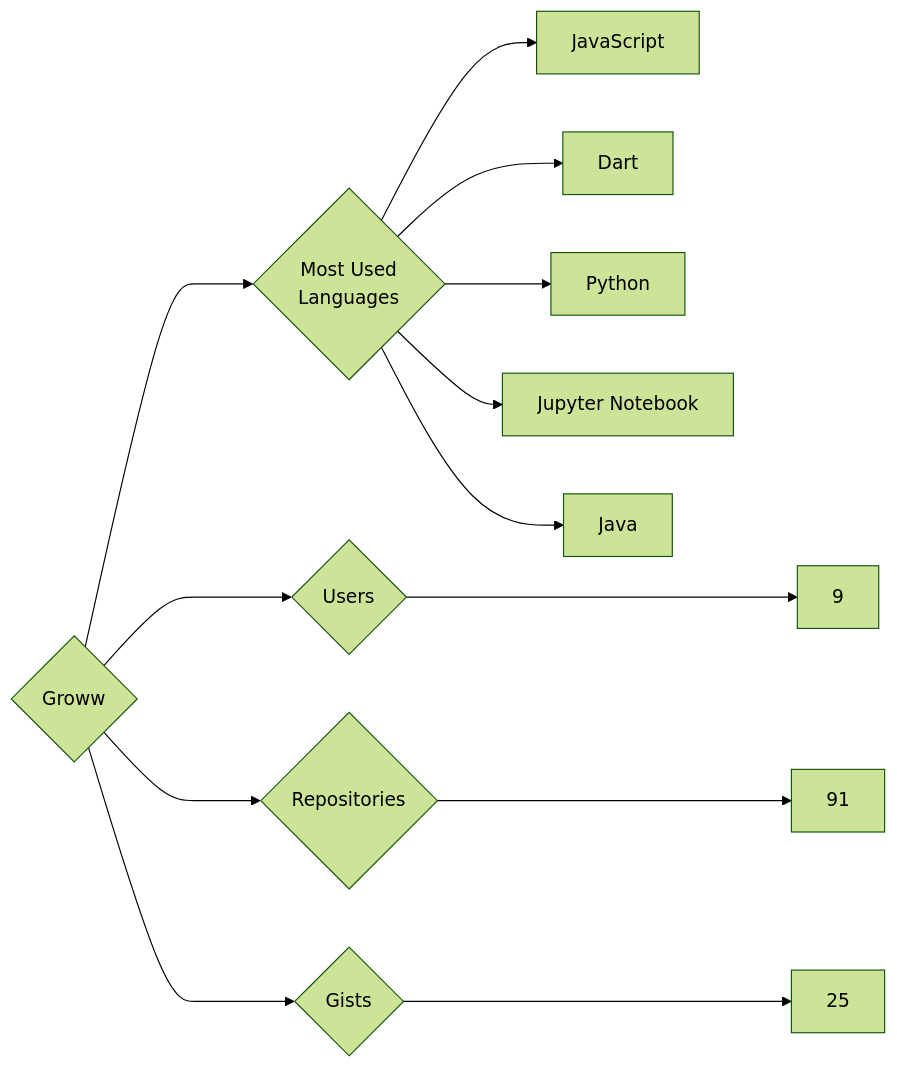
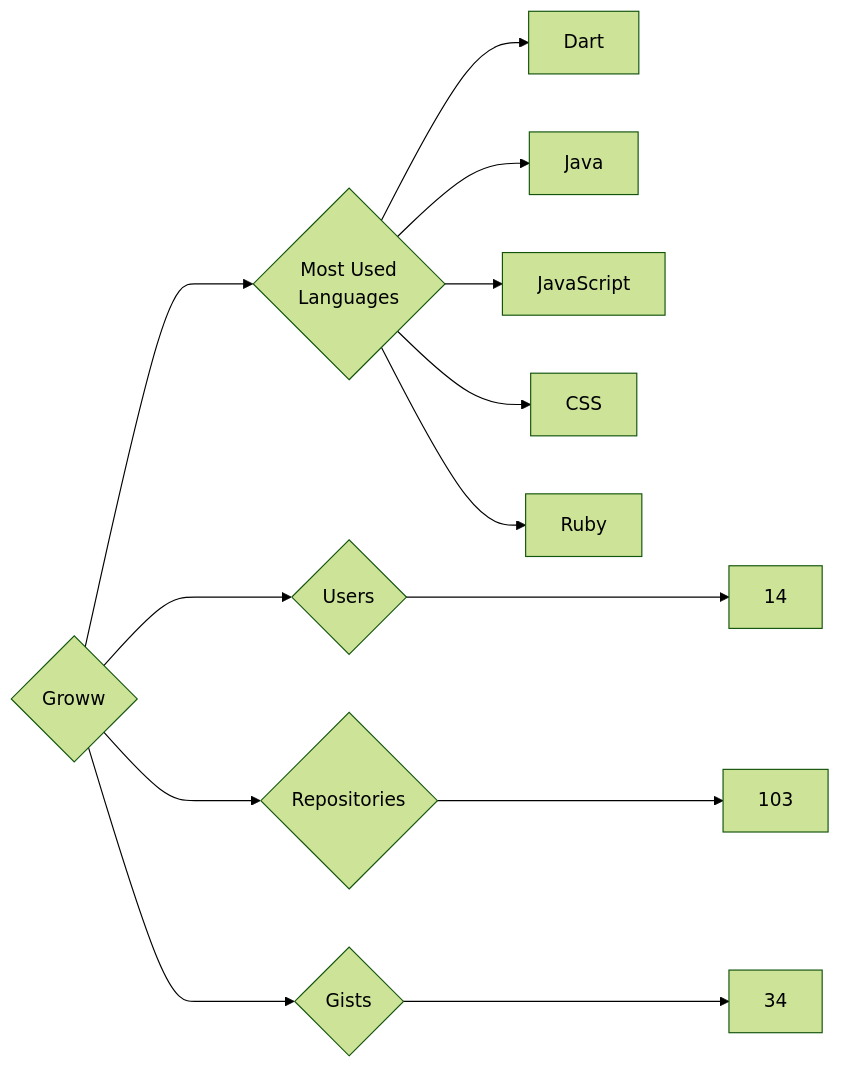
The diagram in targets/Groww/README.md (trickest/insiders), drawn with Mermaid (forest theme) before and after one commit. The commit also changed 1212 other files, not shown here.

````diff
--- a/targets/Groww/README.md
+++ b/targets/Groww/README.md
@@ -3,13 +3,13 @@
 ```mermaid
 graph LR
 COMPANY_NAME{Groww}
-COMPANY_NAME ---> U{Users} ---> UN[9]
-COMPANY_NAME ---> R{Repositories} ---> RN[91]
-COMPANY_NAME ---> G{Gists} ---> GN[25]
+COMPANY_NAME ---> U{Users} ---> UN[14]
+COMPANY_NAME ---> R{Repositories} ---> RN[103]
+COMPANY_NAME ---> G{Gists} ---> GN[34]
 COMPANY_NAME ---> ML{Most Used<br>Languages}
+ML --> Dart[Dart]
+ML --> Java[Java]
 ML --> JavaScript[JavaScript]
-ML --> Dart[Dart]
-ML --> Python[Python]
-ML --> Jupyter_Notebook[Jupyter Notebook]
-ML --> Java[Java]
+ML --> CSS[CSS]
+ML --> Ruby[Ruby]
 ```
````
